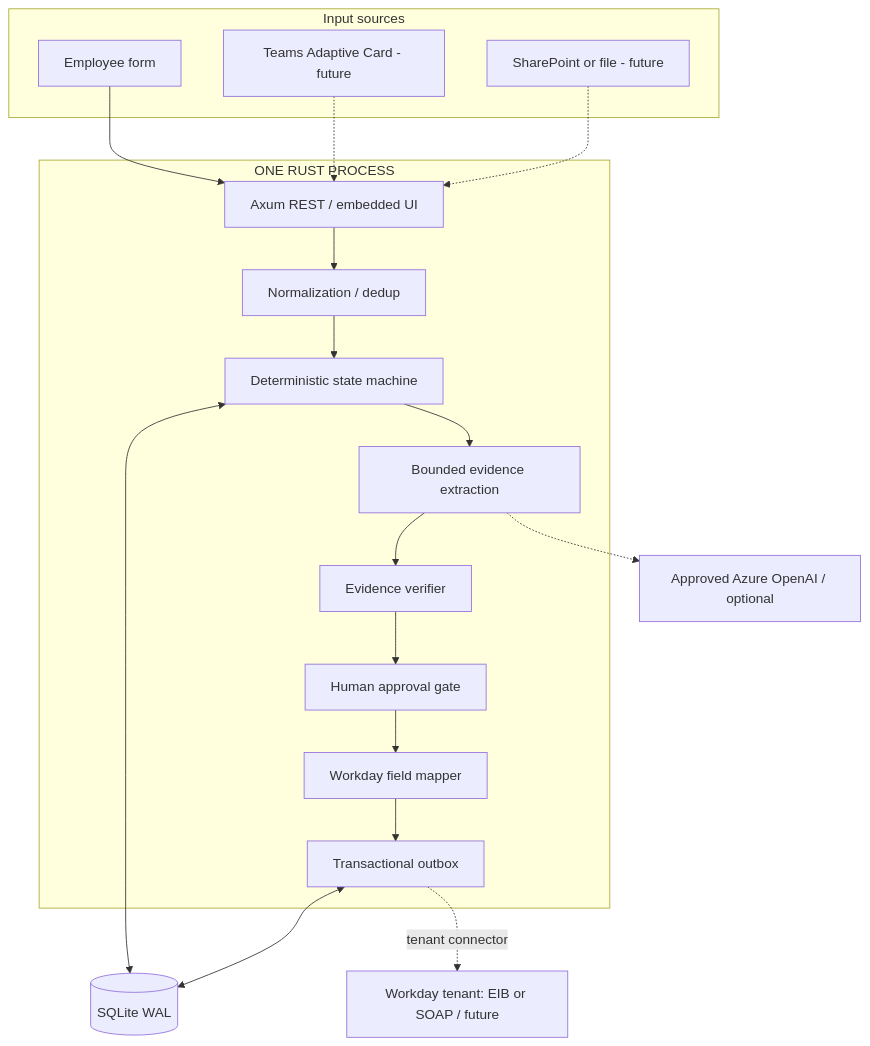
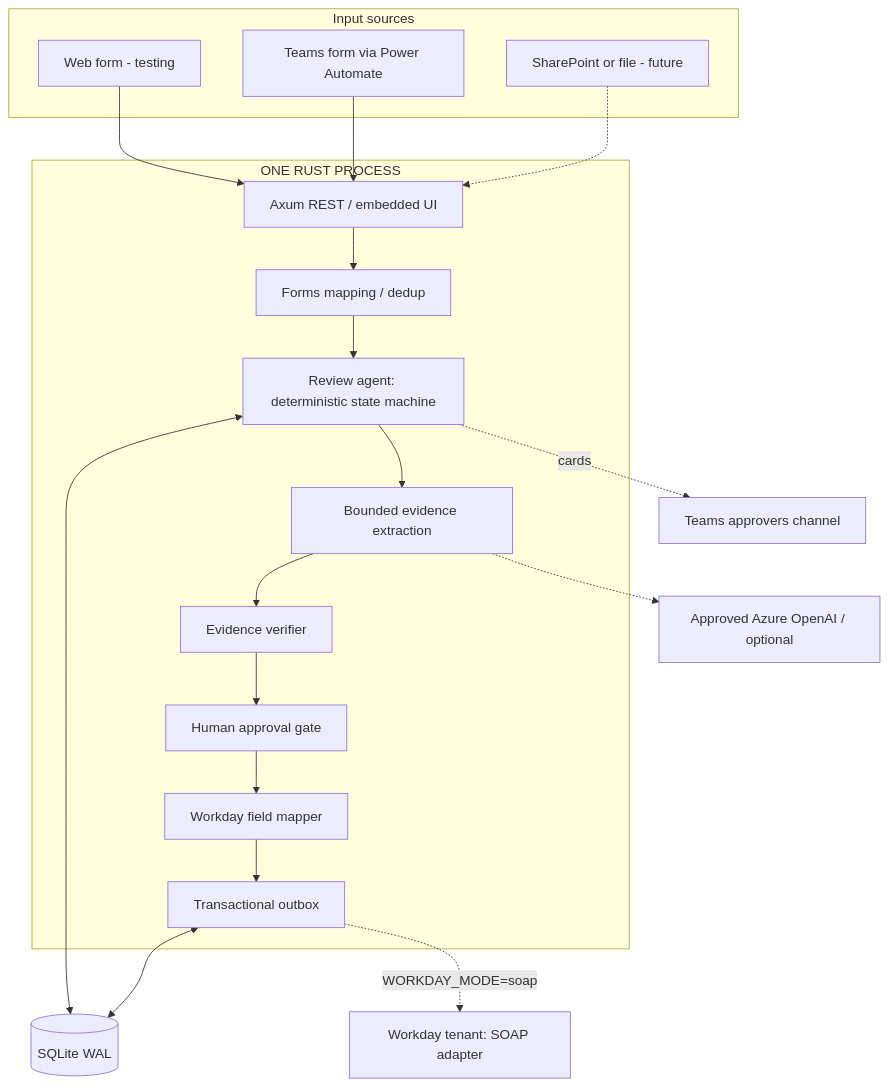
The first of 5 diagrams in docs/ARCHITECTURE.md (vas1916/reviewflow-rust-poc), drawn with Mermaid before and after one commit. The commit also changed other lines of this file and 39 other files, not shown here.

First line of the commit message:
Add Teams intake, review agent, Entra sign-in and Workday SOAP adapter

````diff
--- a/docs/ARCHITECTURE.md
+++ b/docs/ARCHITECTURE.md
@@ -31,30 +31,32 @@
 ```mermaid
 flowchart TD
   subgraph sources[Input sources]
-    UI[Employee form]
-    Teams[Teams Adaptive Card - future]
+    Teams[Teams form via Power Automate]
+    UI[Web form - testing]
     SP[SharePoint or file - future]
   end
   subgraph app[ONE RUST PROCESS]
     API[Axum REST / embedded UI]
-    Intake[Normalization / dedup]
-    Orchestrator[Deterministic state machine]
+    Intake[Forms mapping / dedup]
+    Orchestrator[Review agent: deterministic state machine]
     AI[Bounded evidence extraction]
     Policy[Evidence verifier]
     Approval[Human approval gate]
     Mapper[Workday field mapper]
     Outbox[Transactional outbox]
     API --> Intake --> Orchestrator
     Orchestrator --> AI --> Policy --> Approval --> Mapper --> Outbox
   end
   DB[(SQLite WAL)]
   AZ[Approved Azure OpenAI / optional]
-  WD[Workday tenant: EIB or SOAP / future]
+  WD[Workday tenant: SOAP adapter]
+  TC[Teams approvers channel]
   UI --> API
-  Teams -.-> API
+  Teams --> API
+  Orchestrator -. cards .-> TC
   SP -.-> API
   AI -.-> AZ
   Orchestrator <--> DB
   Outbox <--> DB
-  Outbox -. tenant connector .-> WD
+  Outbox -. WORKDAY_MODE=soap .-> WD
 ```
````
